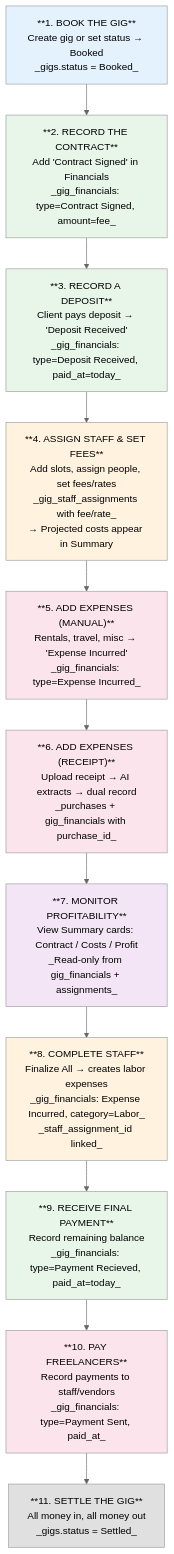
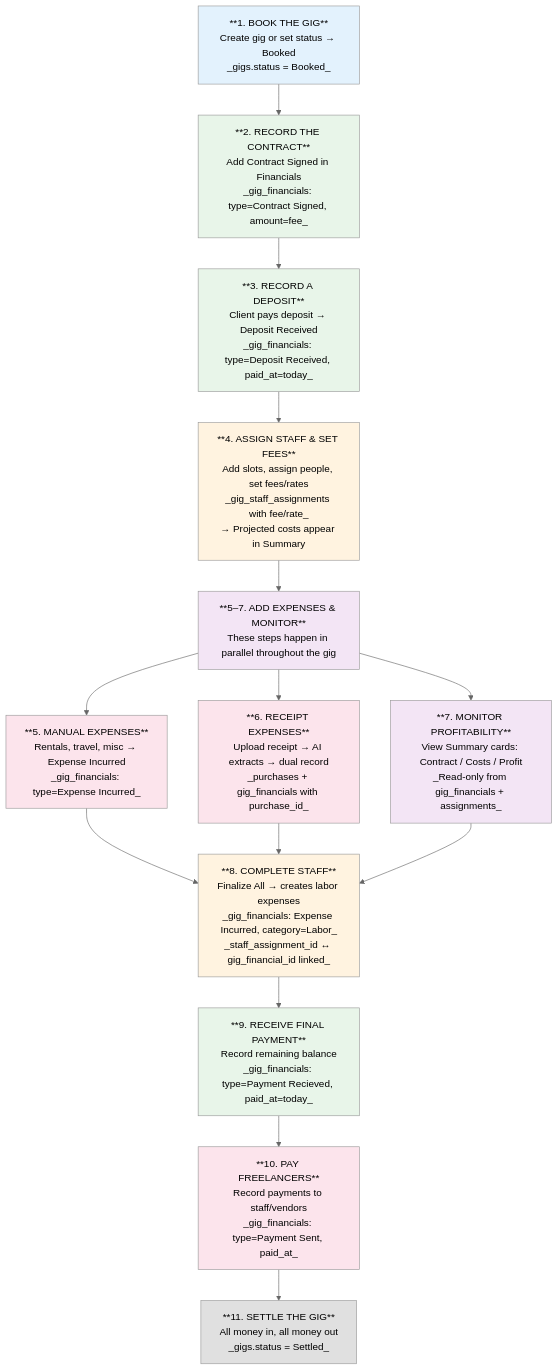
Before and after one commit to corourke/GigManager: the second of 4 diagrams in docs/product/development-plan/gig-financials-workflow-analysis.md, drawn with Mermaid (neutral theme). The commit also changed other lines of this file and 5 other files, not shown here.

````diff
--- a/docs/product/development-plan/gig-financials-workflow-analysis.md
+++ b/docs/product/development-plan/gig-financials-workflow-analysis.md
@@ -170,36 +175,41 @@
 ```mermaid
 flowchart TD
-    A["**1. BOOK THE GIG**\nCreate gig or set status → Booked\n_gigs.status = Booked_"] --> B
+    A["**1. BOOK THE GIG**<br />Create gig or set status → Booked<br />_gigs.status = Booked_"] --> B
 
-    B["**2. RECORD THE CONTRACT**\nAdd 'Contract Signed' in Financials\n_gig_financials: type=Contract Signed, amount=fee_"] --> C
+    B["**2. RECORD THE CONTRACT**<br />Add Contract Signed in Financials<br />_gig_financials: type=Contract Signed, amount=fee_"] --> C
 
-    C["**3. RECORD A DEPOSIT**\nClient pays deposit → 'Deposit Received'\n_gig_financials: type=Deposit Received, paid_at=today_"] --> D
+    C["**3. RECORD A DEPOSIT**<br />Client pays deposit → Deposit Received<br />_gig_financials: type=Deposit Received, paid_at=today_"] --> D
 
-    D["**4. ASSIGN STAFF & SET FEES**\nAdd slots, assign people, set fees/rates\n_gig_staff_assignments with fee/rate_\n→ Projected costs appear in Summary"] --> E
+    D["**4. ASSIGN STAFF & SET FEES**<br />Add slots, assign people, set fees/rates<br />_gig_staff_assignments with fee/rate_<br />→ Projected costs appear in Summary"] --> E
 
-    E["**5. ADD EXPENSES (MANUAL)**\nRentals, travel, misc → 'Expense Incurred'\n_gig_financials: type=Expense Incurred_"] --> F
+    E["**5–7. ADD EXPENSES & MONITOR**<br />These steps happen in parallel throughout the gig"]
 
-    F["**6. ADD EXPENSES (RECEIPT)**\nUpload receipt → AI extracts → dual record\n_purchases + gig_financials with purchase_id_"] --> G
+    E --> E1["**5. MANUAL EXPENSES**<br />Rentals, travel, misc → Expense Incurred<br />_gig_financials: type=Expense Incurred_"]
+    E --> E2["**6. RECEIPT EXPENSES**<br />Upload receipt → AI extracts → dual record<br />_purchases + gig_financials with purchase_id_"]
+    E --> E3["**7. MONITOR PROFITABILITY**<br />View Summary cards: Contract / Costs / Profit<br />_Read-only from gig_financials + assignments_"]
 
-    G["**7. MONITOR PROFITABILITY**\nView Summary cards: Contract / Costs / Profit\n_Read-only from gig_financials + assignments_"]
+    E1 --> H
+    E2 --> H
+    E3 --> H
 
-    G --> H["**8. COMPLETE STAFF**\nFinalize All → creates labor expenses\n_gig_financials: Expense Incurred, category=Labor_\n_staff_assignment_id linked_"]
+    H["**8. COMPLETE STAFF**<br />Finalize All → creates labor expenses<br />_gig_financials: Expense Incurred, category=Labor_<br />_staff_assignment_id ↔ gig_financial_id linked_"]
 
-    H --> I["**9. RECEIVE FINAL PAYMENT**\nRecord remaining balance\n_gig_financials: type=Payment Recieved, paid_at=today_"]
+    H --> I["**9. RECEIVE FINAL PAYMENT**<br />Record remaining balance<br />_gig_financials: type=Payment Recieved, paid_at=today_"]
 
-    I --> J["**10. PAY FREELANCERS**\nRecord payments to staff/vendors\n_gig_financials: type=Payment Sent, paid_at_"]
+    I --> J["**10. PAY FREELANCERS**<br />Record payments to staff/vendors<br />_gig_financials: type=Payment Sent, paid_at_"]
 
-    J --> K["**11. SETTLE THE GIG**\nAll money in, all money out\n_gigs.status = Settled_"]
+    J --> K["**11. SETTLE THE GIG**<br />All money in, all money out<br />_gigs.status = Settled_"]
 
     style A fill:#e3f2fd
     style B fill:#e8f5e9
     style C fill:#e8f5e9
     style D fill:#fff3e0
-    style E fill:#fce4ec
-    style F fill:#fce4ec
-    style G fill:#f3e5f5
+    style E fill:#f3e5f5
+    style E1 fill:#fce4ec
+    style E2 fill:#fce4ec
+    style E3 fill:#f3e5f5
     style H fill:#fff3e0
     style I fill:#e8f5e9
     style J fill:#fce4ec
     style K fill:#e0e0e0
 ```
````
